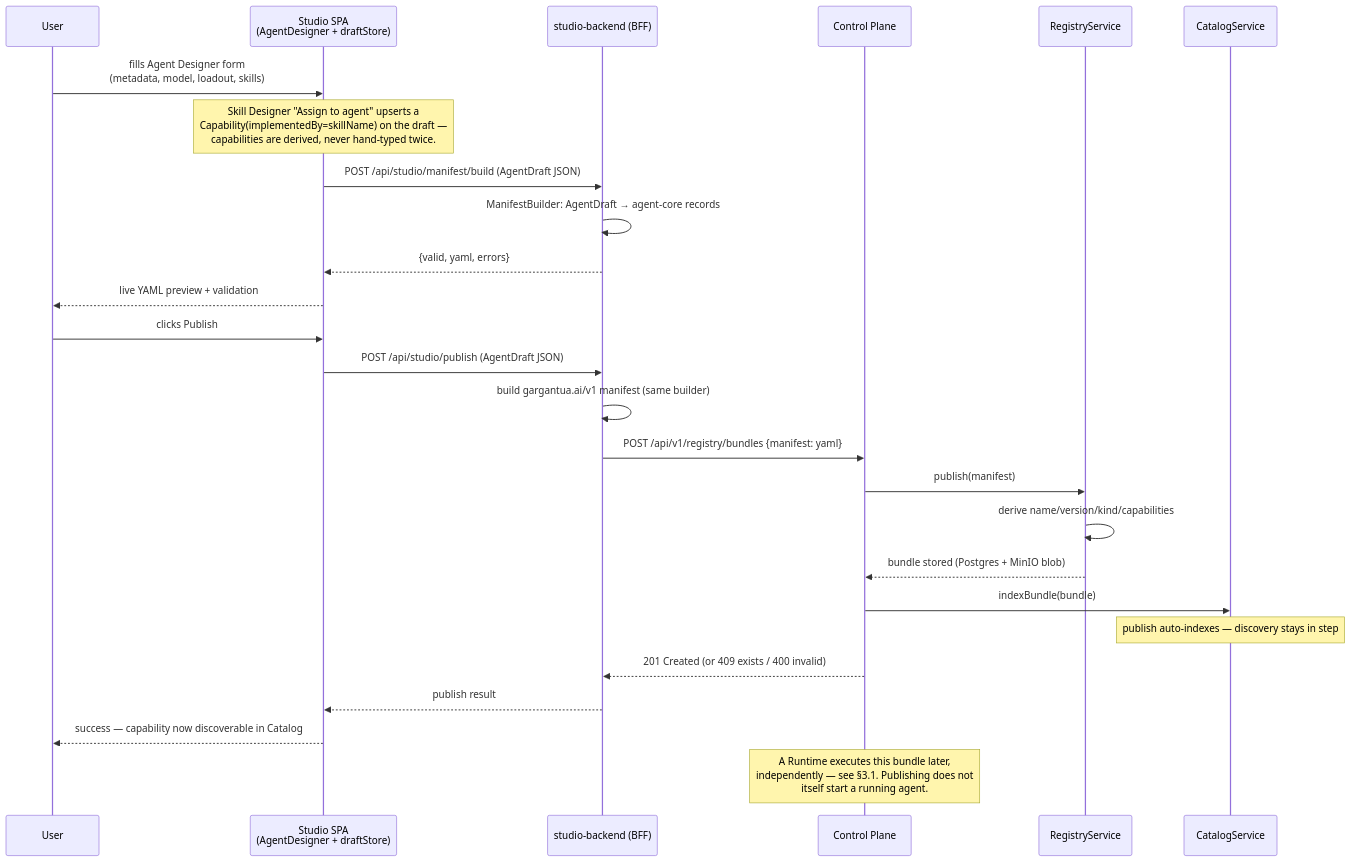
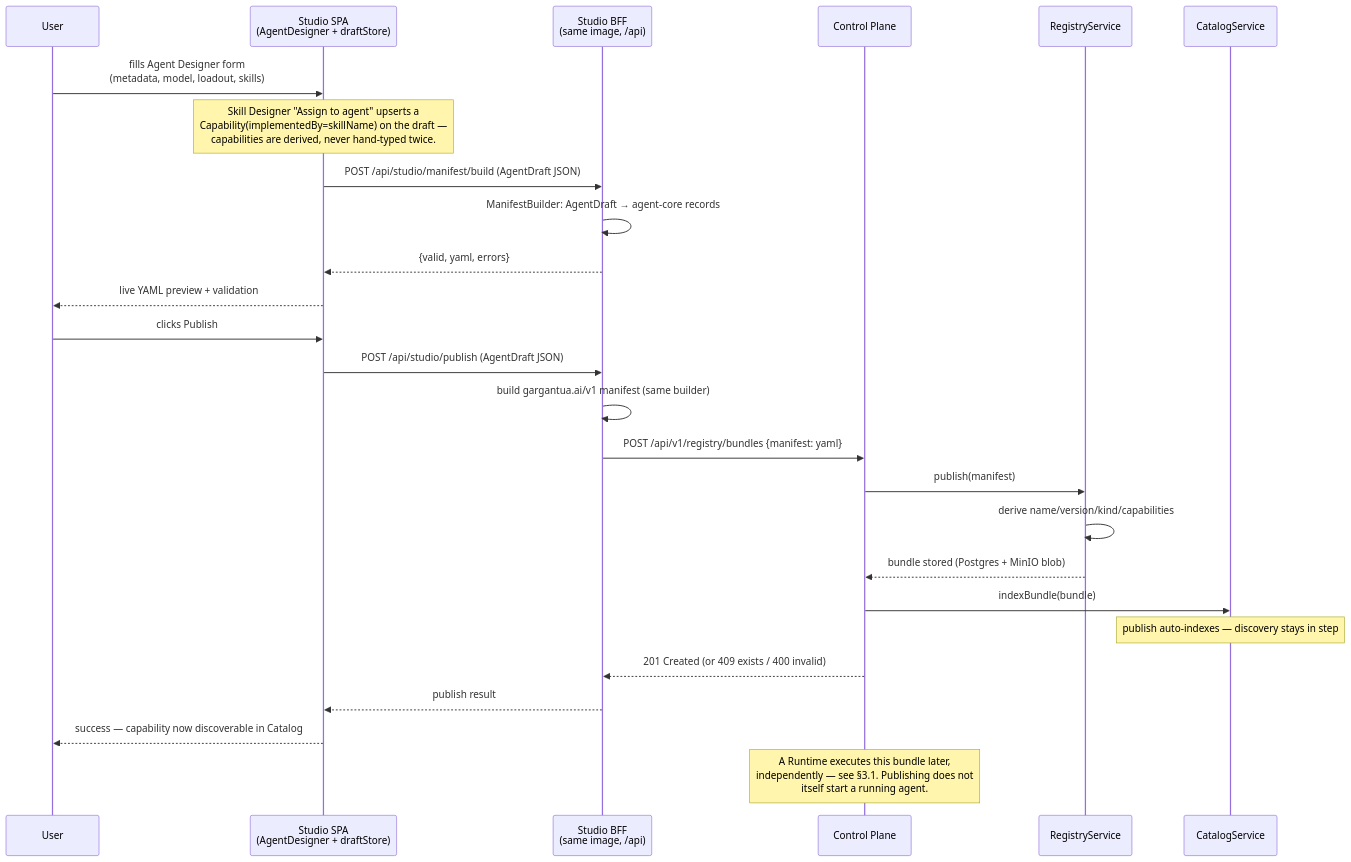
The second of 2 diagrams in docs/architecture/platform-handoff.md (GiskardB/gargantua), drawn with Mermaid before and after one commit. The commit also changed other lines of this file, not shown here.

First line of the commit message:
docs: Studio is now one repo/image (SPA+BFF merged)

````diff
--- a/docs/architecture/platform-handoff.md
+++ b/docs/architecture/platform-handoff.md
@@ -214,32 +212,32 @@
 ```mermaid
 sequenceDiagram
     participant User
     participant Studio as Studio SPA<br/>(AgentDesigner + draftStore)
-    participant Backend as studio-backend (BFF)
+    participant Backend as Studio BFF<br/>(same image, /api)
     participant CP as Control Plane
     participant Registry as RegistryService
     participant Catalog as CatalogService
 
     User->>Studio: fills Agent Designer form<br/>(metadata, model, loadout, skills)
     Note over Studio: Skill Designer "Assign to agent" upserts a<br/>Capability(implementedBy=skillName) on the draft —<br/>capabilities are derived, never hand-typed twice.
 
     Studio->>Backend: POST /api/studio/manifest/build (AgentDraft JSON)
     Backend->>Backend: ManifestBuilder: AgentDraft → agent-core records
     Backend-->>Studio: {valid, yaml, errors}
     Studio-->>User: live YAML preview + validation
 
     User->>Studio: clicks Publish
     Studio->>Backend: POST /api/studio/publish (AgentDraft JSON)
     Backend->>Backend: build gargantua.ai/v1 manifest (same builder)
     Backend->>CP: POST /api/v1/registry/bundles {manifest: yaml}
     CP->>Registry: publish(manifest)
     Registry->>Registry: derive name/version/kind/capabilities
     Registry-->>CP: bundle stored (Postgres + MinIO blob)
     CP->>Catalog: indexBundle(bundle)
     Note over Catalog: publish auto-indexes — discovery stays in step
     CP-->>Backend: 201 Created (or 409 exists / 400 invalid)
     Backend-->>Studio: publish result
     Studio-->>User: success — capability now discoverable in Catalog
 
     Note over CP: A Runtime executes this bundle later,<br/>independently — see §3.1. Publishing does not<br/>itself start a running agent.
 ```
````
